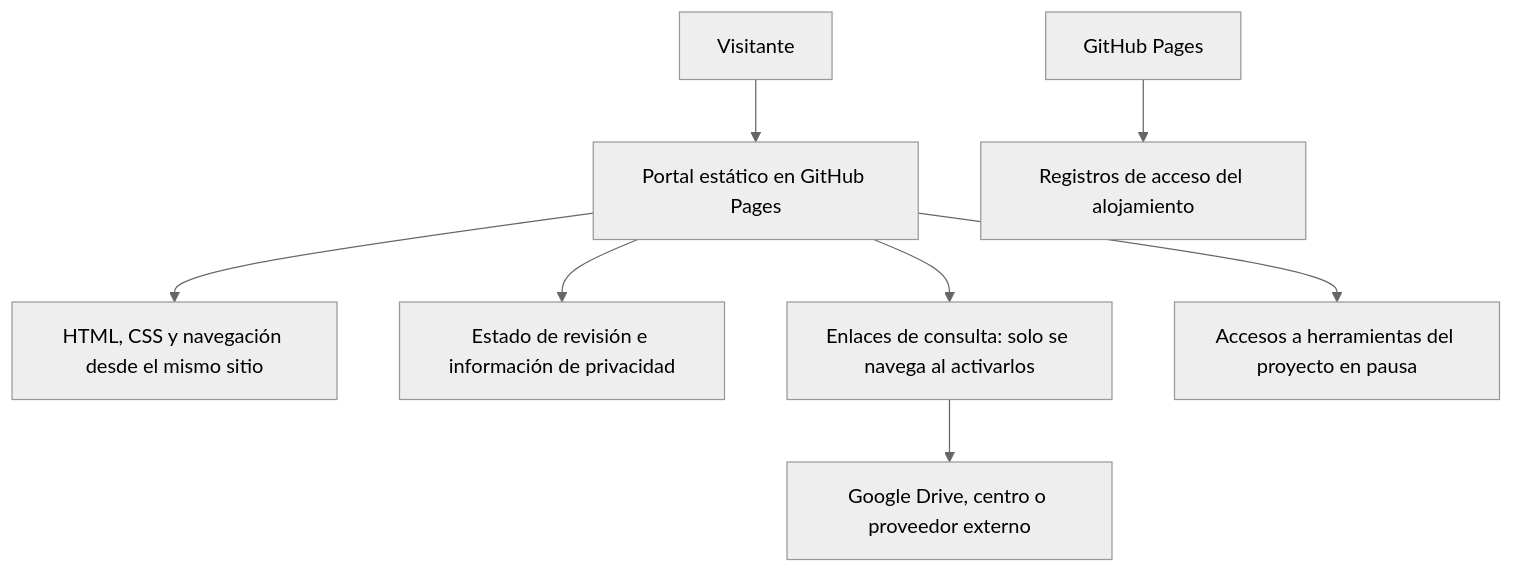
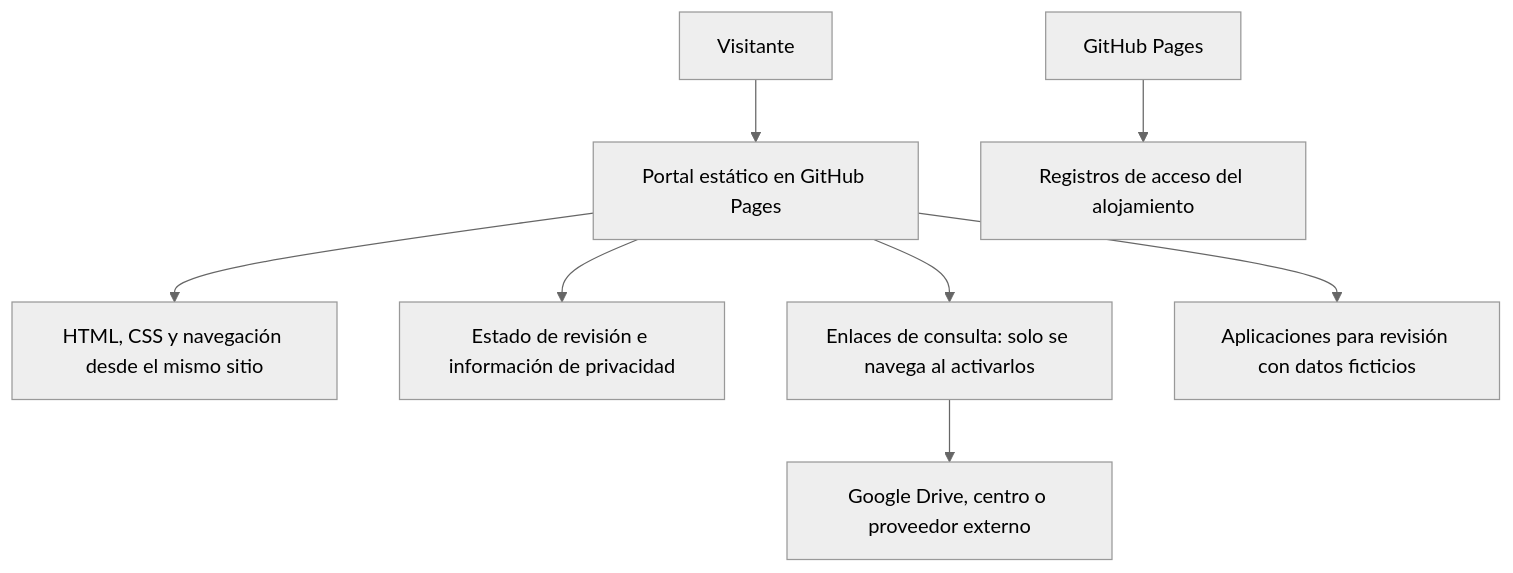
One commit to anderfrago/herramientas-educativas-cuatrovientos changed the diagram in README.md. Above: the diagram before and after it, drawn with Mermaid (neutral theme). The commit also changed other lines of this file and 2 other files, not shown here.

````diff
--- a/README.md
+++ b/README.md
@@ -31,10 +29,10 @@
 ```mermaid
 flowchart TD
     V[Visitante] --> P[Portal estático en GitHub Pages]
     P --> R[HTML, CSS y navegación desde el mismo sitio]
     P --> I[Estado de revisión e información de privacidad]
     P --> T[Enlaces de consulta: solo se navega al activarlos]
     T --> E[Google Drive, centro o proveedor externo]
-    P --> A[Accesos a herramientas del proyecto en pausa]
+    P --> A[Aplicaciones para revisión con datos ficticios]
     G[GitHub Pages] --> L[Registros de acceso del alojamiento]
 ```
````
